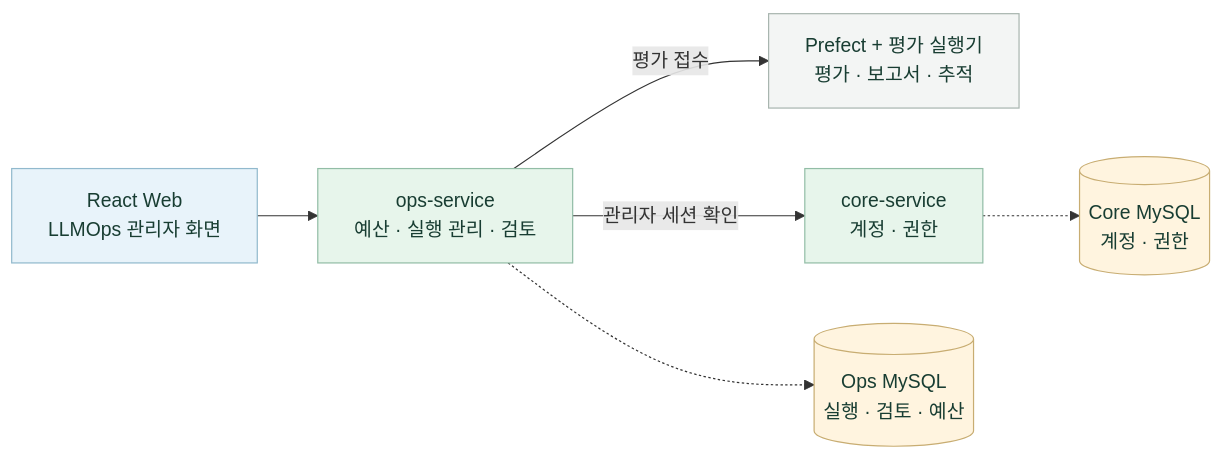
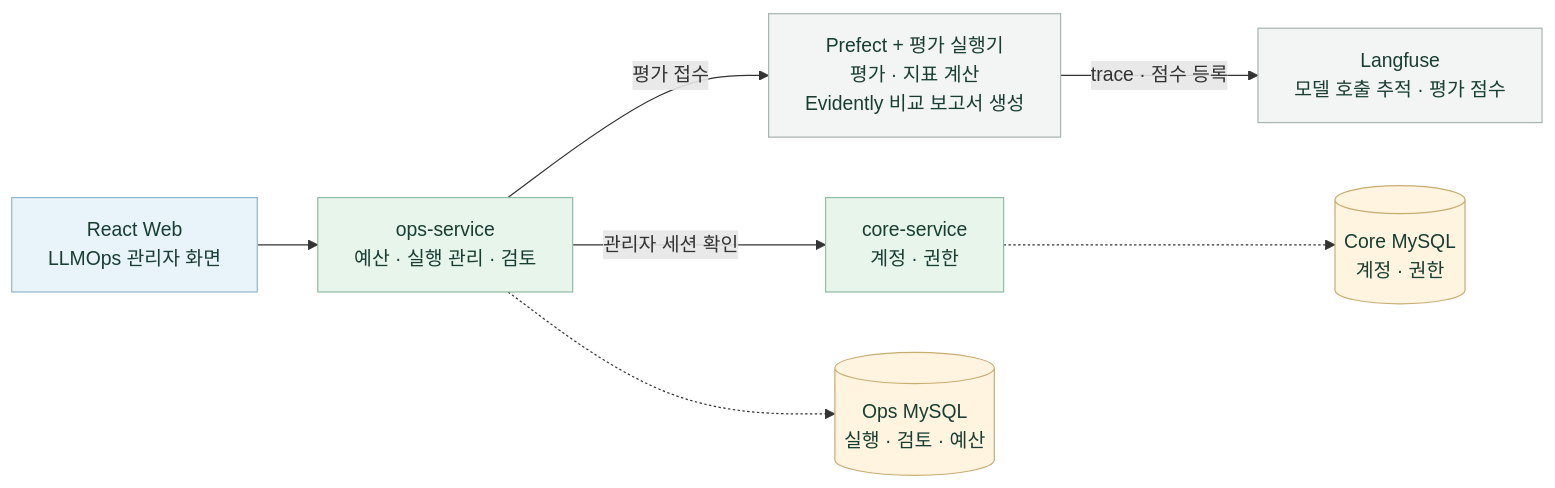
The fifth of 24 diagrams in README.md (lsm15111/SKN34-4th-1Team), drawn with Mermaid before and after one commit. The commit also changed other lines of this file and 5 other files, not shown here.

````diff
--- a/README.md
+++ b/README.md
@@ -185,16 +184,17 @@
 ```mermaid
 flowchart LR
     Admin["React Web<br/>LLMOps 관리자 화면"] --> Ops["ops-service<br/>예산 · 실행 관리 · 검토"]
-    Ops -->|평가 접수| Evaluation["Prefect + 평가 실행기<br/>평가 · 보고서 · 추적"]
+    Ops -->|평가 접수| Evaluation["Prefect + 평가 실행기<br/>평가 · 지표 계산<br/>Evidently 비교 보고서 생성"]
+    Evaluation -->|trace · 점수 등록| Langfuse["Langfuse<br/>모델 호출 추적 · 평가 점수"]
     Ops -->|관리자 세션 확인| Core["core-service<br/>계정 · 권한"]
     Ops -.-> OpsDB[("Ops MySQL<br/>실행 · 검토 · 예산")]
     Core -.-> CoreDB[("Core MySQL<br/>계정 · 권한")]
     classDef client fill:#e8f3fa,stroke:#91b9cd,color:#183d32
     classDef service fill:#e7f5eb,stroke:#92bda6,color:#183d32
     classDef execution fill:#f3f5f4,stroke:#a8b5af,color:#183d32
     classDef mysql fill:#fff4df,stroke:#c8ad72,color:#183d32
     class Admin client
     class Ops,Core service
-    class Evaluation execution
+    class Evaluation,Langfuse execution
     class OpsDB,CoreDB mysql
 ```
````
